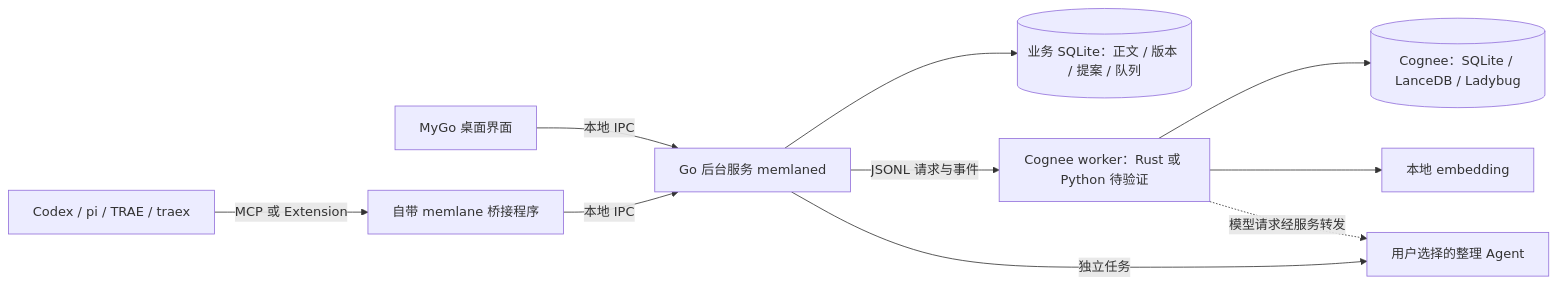
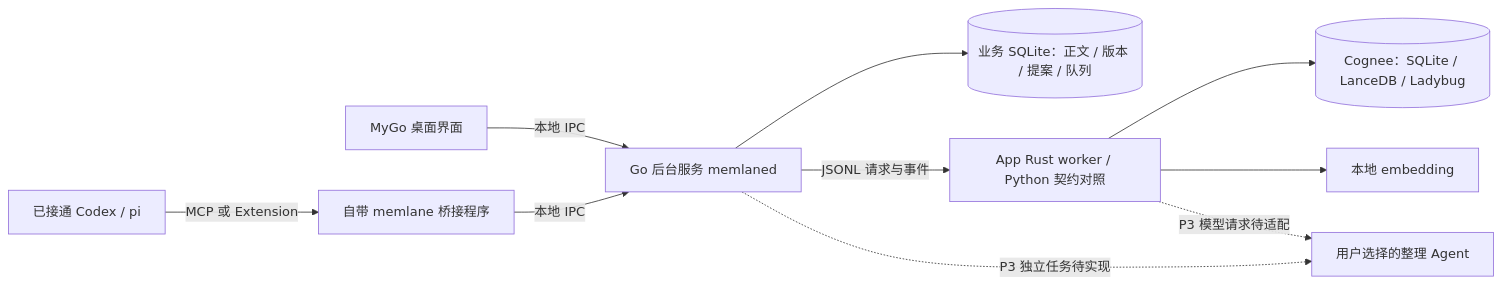
The diagram in docs/technical-plan.md (zwhu/memlane), drawn with Mermaid before and after one commit. The commit also changed other lines of this file and 11 other files, not shown here.

````diff
--- a/docs/technical-plan.md
+++ b/docs/technical-plan.md
@@ -36,12 +36,12 @@
 ```mermaid
 flowchart LR
     UI[MyGo 桌面界面] -->|本地 IPC| S[Go 后台服务 memlaned]
-    A[Codex / pi / TRAE / traex] -->|MCP 或 Extension| B[自带 memlane 桥接程序]
+    A[已接通 Codex / pi] -->|MCP 或 Extension| B[自带 memlane 桥接程序]
     B -->|本地 IPC| S
     S --> DB[(业务 SQLite：正文 / 版本 / 提案 / 队列)]
-    S -->|JSONL 请求与事件| C[Cognee worker：Rust 或 Python 待验证]
+    S -->|JSONL 请求与事件| C[App Rust worker / Python 契约对照]
     C --> IDX[(Cognee：SQLite / LanceDB / Ladybug)]
     C --> E[本地 embedding]
-    S -->|独立任务| L[用户选择的整理 Agent]
-    C -.模型请求经服务转发.-> L
+    S -.P3 独立任务待实现.-> L[用户选择的整理 Agent]
+    C -.P3 模型请求待适配.-> L
 ```
````
